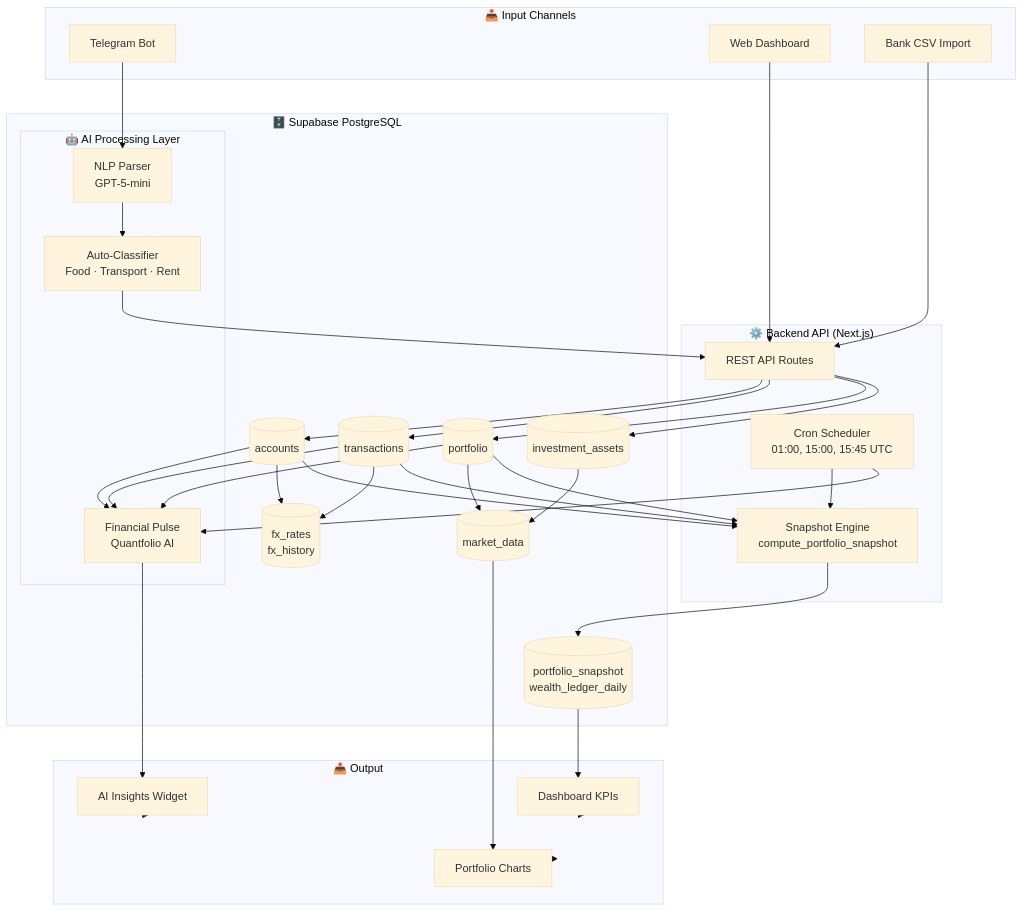
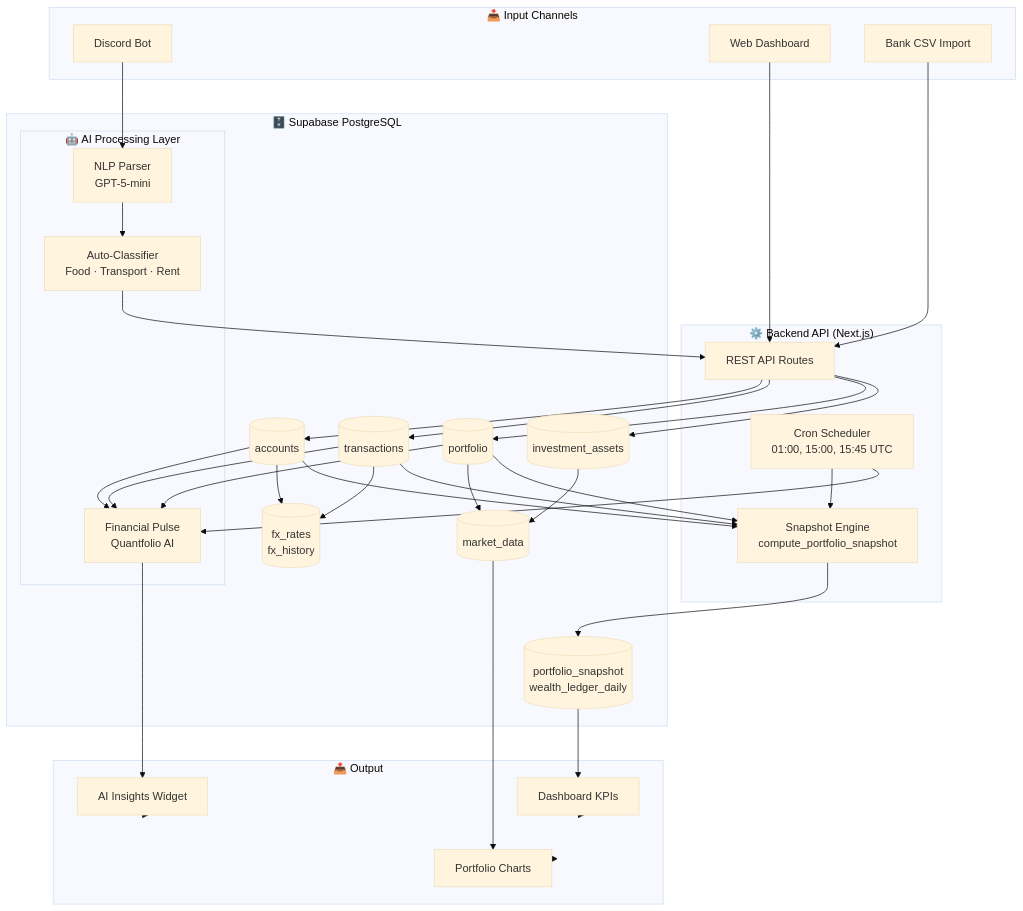
One commit to IgnatiusHarry/Wealthfolio-Portfolio changed the diagram in README.md. Above: the diagram before and after it, drawn with Mermaid (base theme). The commit also changed other lines of this file and 7 other files, not shown here.

Commit message:
docs: switch bot flow to Discord and refresh portfolio docs coverage

````diff
--- a/README.md
+++ b/README.md
@@ -138,66 +138,66 @@
 ```mermaid
 graph TB
     subgraph Input["📥 Input Channels"]
-        TG[Telegram Bot]
+        TG[Discord Bot]
         WEB[Web Dashboard]
         CSV[Bank CSV Import]
     end
 
     subgraph AI["🤖 AI Processing Layer"]
         NLP[NLP Parser<br/>GPT-5-mini]
         CLASS[Auto-Classifier<br/>Food · Transport · Rent]
         PULSE[Financial Pulse<br/>Quantfolio AI]
     end
 
     subgraph BE["⚙️ Backend API (Next.js)"]
         API["REST API Routes"]
         SNAP["Snapshot Engine<br/>compute_portfolio_snapshot"]
         CRON["Cron Scheduler<br/>01:00, 15:00, 15:45 UTC"]
     end
 
     subgraph DB["🗄️ Supabase PostgreSQL"]
         ACC[(accounts)]
         TXN[(transactions)]
         PORT[(portfolio)]
         IA[(investment_assets)]
         MD[(market_data)]
         FX[(fx_rates<br/>fx_history)]
         SNAP2[(portfolio_snapshot<br/>wealth_ledger_daily)]
         AI[(ai_insights)]
     end
 
     subgraph OUT["📤 Output"]
         DASH[Dashboard KPIs]
         INSIGHT[AI Insights Widget]
         CHARTS[Portfolio Charts]
     end
 
     TG --> NLP
     WEB --> API
     CSV --> API
     NLP --> CLASS
     CLASS --> API
     API --> ACC
     API --> TXN
     API --> PORT
     API --> IA
     TXN --> FX
     ACC --> FX
     PORT --> MD
     IA --> MD
     TXN --> SNAP
     PORT --> SNAP
     ACC --> SNAP
     SNAP --> SNAP2
     SNAP2 --> DASH
     ACC --> PULSE
     PORT --> PULSE
     TXN --> PULSE
     PULSE --> INSIGHT
     CRON --> SNAP
     CRON --> PULSE
     MD --> CHARTS
     DASH --> OUT
     INSIGHT --> OUT
     CHARTS --> OUT
 ```
````
